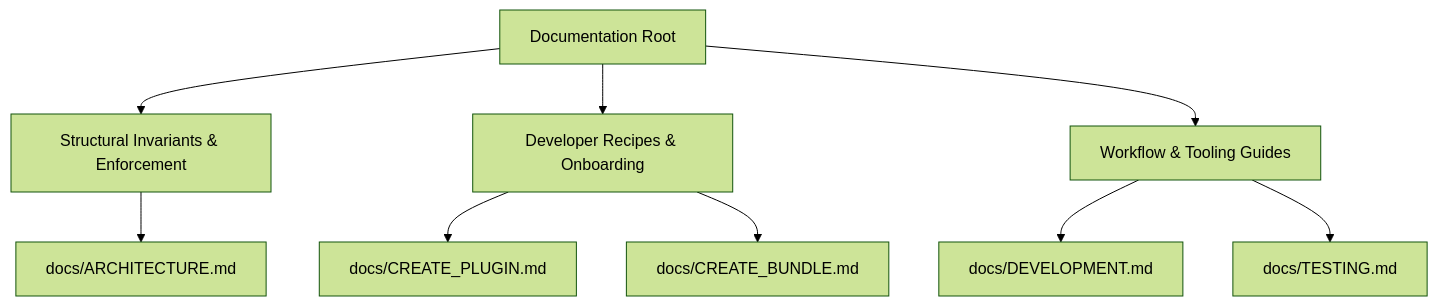
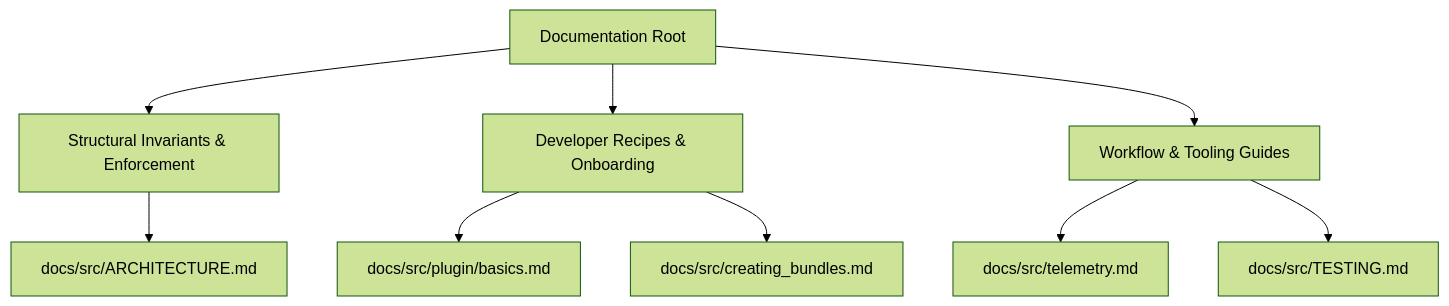
One commit to synapto-ai/synapto changed the diagram in docs/src/DOCUMENTATION.md. Above: the diagram before and after it, drawn with Mermaid (forest theme). The commit also changed other lines of this file and 2 other files, not shown here.

````diff
--- a/docs/src/DOCUMENTATION.md
+++ b/docs/src/DOCUMENTATION.md
@@ -11,14 +11,14 @@
 ```mermaid
 graph TD
     A[Documentation Root] --> B[Structural Invariants & Enforcement]
     A --> C[Developer Recipes & Onboarding]
     A --> D[Workflow & Tooling Guides]
 
-    B --> B1[docs/ARCHITECTURE.md]
+    B --> B1[docs/src/ARCHITECTURE.md]
 
-    C --> C1[docs/CREATE_PLUGIN.md]
-    C --> C2[docs/CREATE_BUNDLE.md]
+    C --> C1[docs/src/plugin/basics.md]
+    C --> C2[docs/src/creating_bundles.md]
 
-    D --> D1[docs/DEVELOPMENT.md]
-    D --> D2[docs/TESTING.md]
+    D --> D1[docs/src/telemetry.md]
+    D --> D2[docs/src/TESTING.md]
 ```
````
